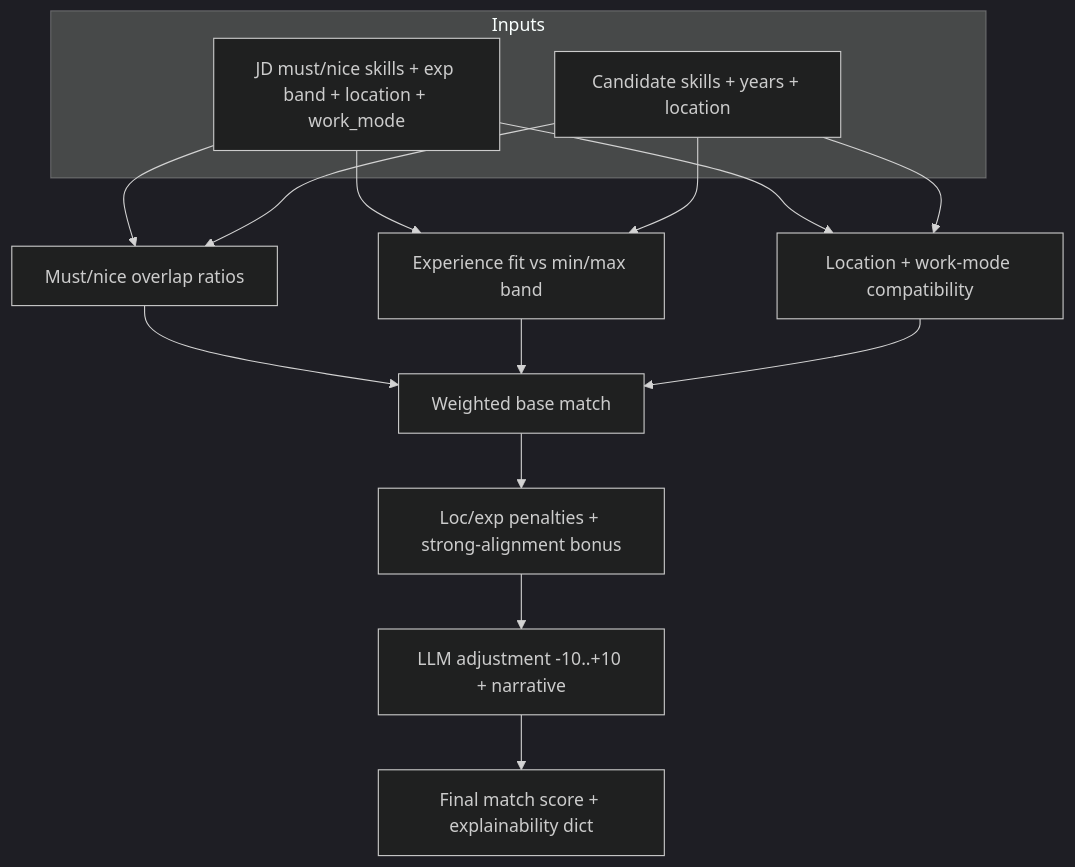
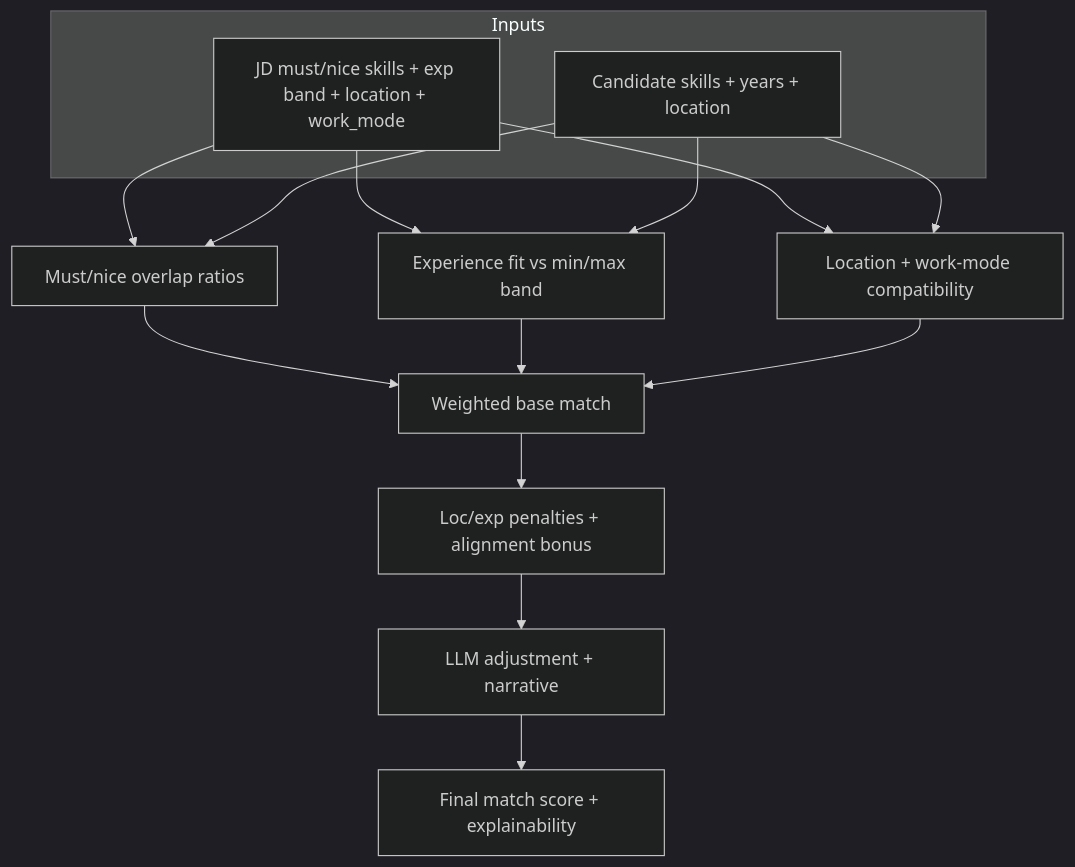
The third of 4 diagrams in README.md (nikithchowdaryachanta/ai-talent-scout), drawn with Mermaid (dark theme) before and after one commit. The commit also changed other lines of this file, not shown here.

````diff
--- a/README.md
+++ b/README.md
@@ -94,19 +173,19 @@
 ```mermaid
 flowchart TD
     subgraph Inputs
         JD[JD must/nice skills + exp band + location + work_mode]
         CAND[Candidate skills + years + location]
     end
     JD --> M[Must/nice overlap ratios]
     CAND --> M
     JD --> E[Experience fit vs min/max band]
     CAND --> E
     JD --> L[Location + work-mode compatibility]
     CAND --> L
     M --> BASE[Weighted base match]
     E --> BASE
     L --> BASE
-    BASE --> ADJ[Loc/exp penalties + strong-alignment bonus]
-    ADJ --> LLM[LLM adjustment -10..+10 + narrative]
-    LLM --> OUT[Final match score + explainability dict]
+    BASE --> ADJ[Loc/exp penalties + alignment bonus]
+    ADJ --> LLM[LLM adjustment + narrative]
+    LLM --> OUT[Final match score + explainability]
 ```
````
